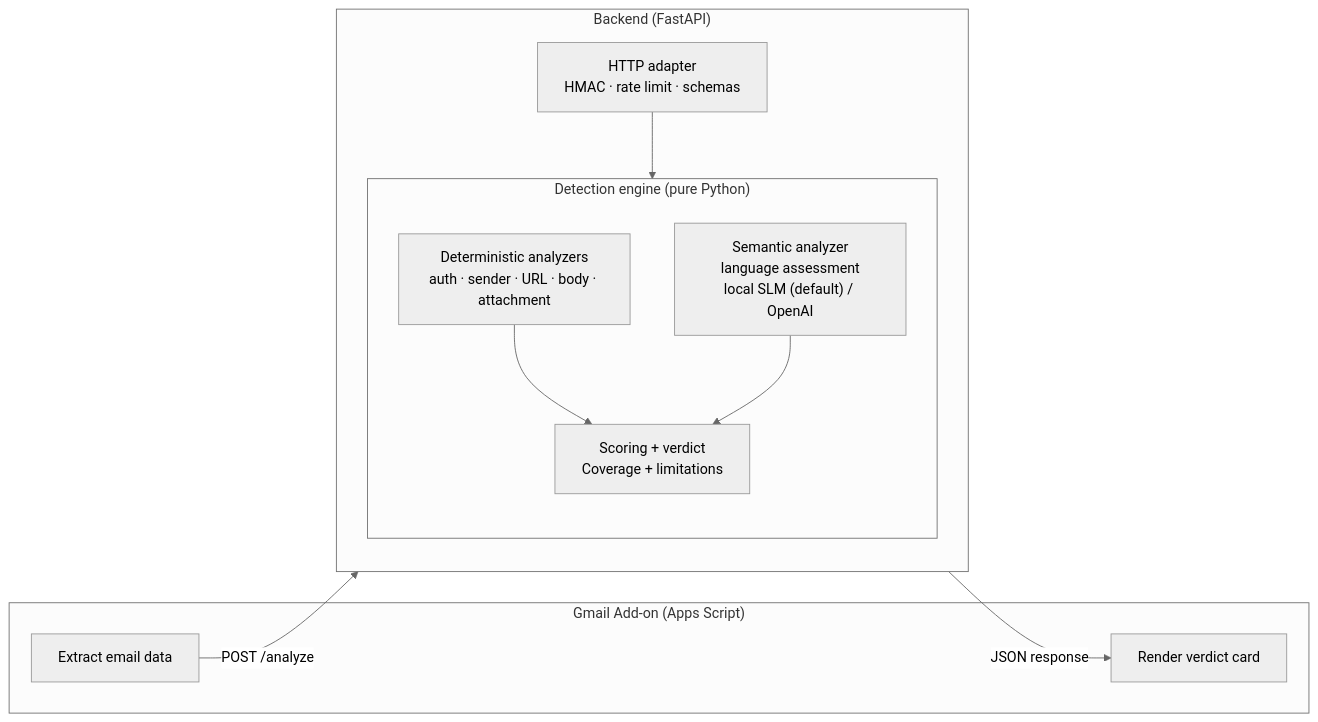
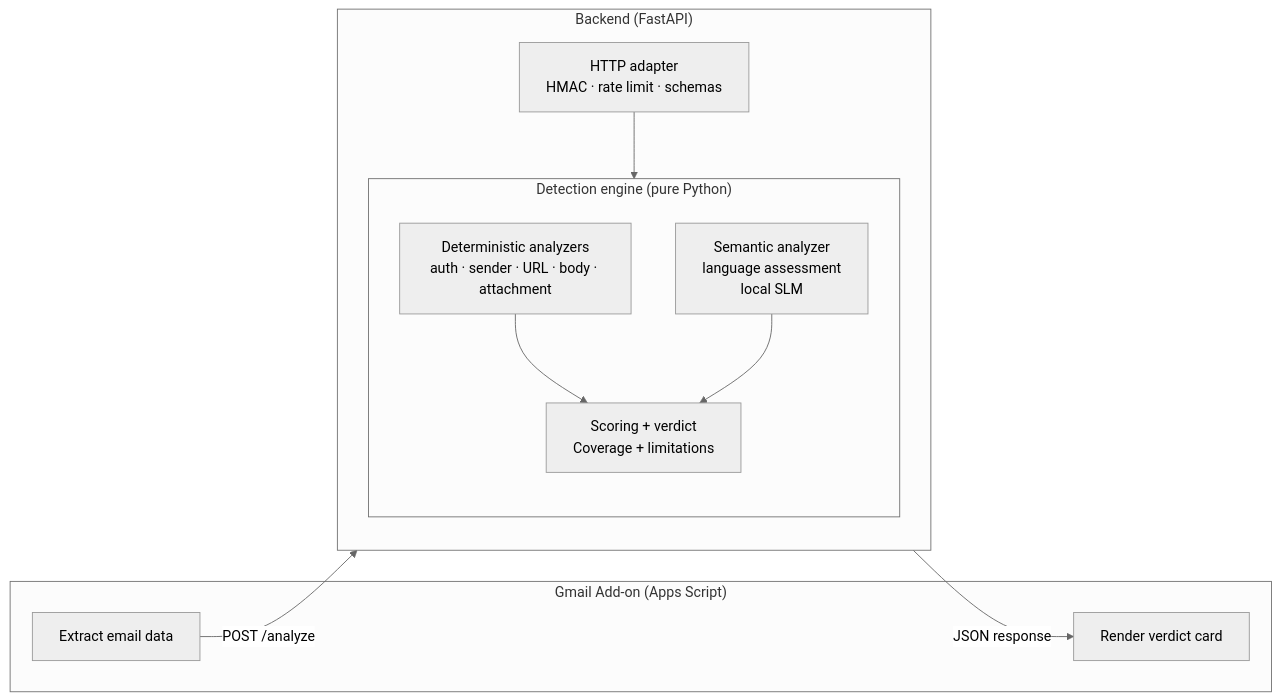
One commit to noanono1/gmail-malicious-email-scorer changed the diagram in README.md. Above: the diagram before and after it, drawn with Mermaid (neutral theme). The commit also changed other lines of this file and 2 other files, not shown here.

````diff
--- a/README.md
+++ b/README.md
@@ -35,24 +35,24 @@
 ```mermaid
 flowchart LR
     subgraph Client["Gmail Add-on (Apps Script)"]
         EX[Extract email data]
         UI[Render verdict card]
     end
 
     subgraph Backend["Backend (FastAPI)"]
         direction TB
         HTTP["HTTP adapter<br/>HMAC · rate limit · schemas"]
         subgraph Engine["Detection engine (pure Python)"]
             direction TB
             DET["Deterministic analyzers<br/>auth · sender · URL · body · attachment"]
-            SEM["Semantic analyzer<br/>language assessment<br/>local SLM (default) / OpenAI"]
+            SEM["Semantic analyzer<br/>language assessment<br/>local SLM"]
             SCORE["Scoring + verdict<br/>Coverage + limitations"]
             DET --> SCORE
             SEM --> SCORE
         end
         HTTP --> Engine
     end
 
     EX -- "POST /analyze" --> HTTP
     SCORE -- "JSON response" --> UI
 ```
````
